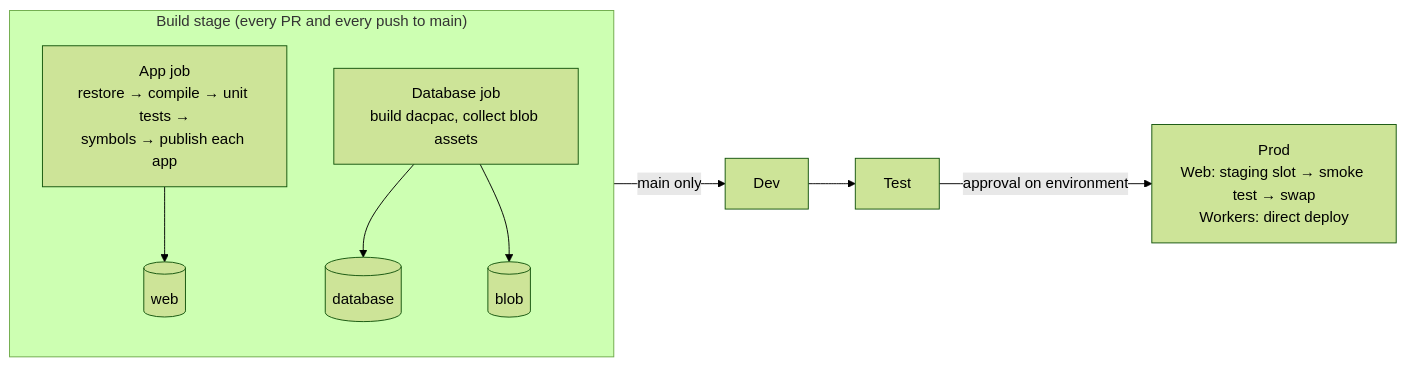
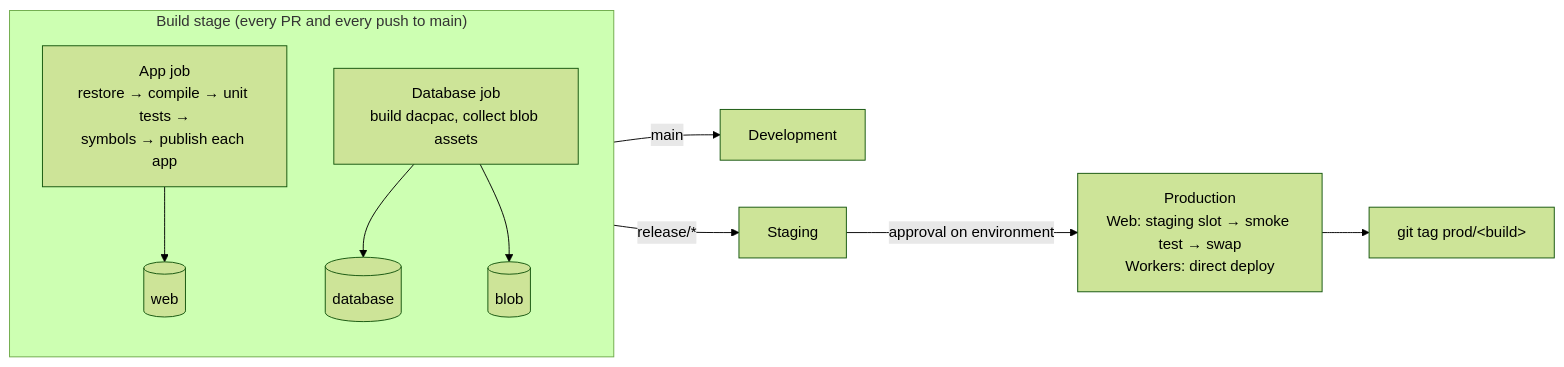
The diagram in docs/pipeline/README.md (VitaliiDruchkovskyi/test), drawn with Mermaid (forest theme) before and after one commit. The commit also changed other lines of this file and 8 other files, not shown here.

First line of the commit message:
ci(pipeline): adopt Release Flow branching with Dev/Staging/Prod routing

````diff
--- a/docs/pipeline/README.md
+++ b/docs/pipeline/README.md
@@ -22,12 +23,13 @@
 ```mermaid
 flowchart LR
   subgraph Build["Build stage (every PR and every push to main)"]
     direction TB
     A["App job<br/>restore → compile → unit tests →<br/>symbols → publish each app"] --> W[(web)]
     D["Database job<br/>build dacpac, collect blob assets"] --> DB[(database)]
     D --> B[(blob)]
   end
-  Build -->|main only| Dev[Dev]
-  Dev --> Test[Test]
-  Test -->|approval on environment| Prod["Prod<br/>Web: staging slot → smoke test → swap<br/>Workers: direct deploy"]
+  Build -->|main| Dev[Development]
+  Build -->|release/*| Stg[Staging]
+  Stg -->|approval on environment| Prod["Production<br/>Web: staging slot → smoke test → swap<br/>Workers: direct deploy"]
+  Prod --> Tag["git tag prod/&lt;build&gt;"]
 ```
````
